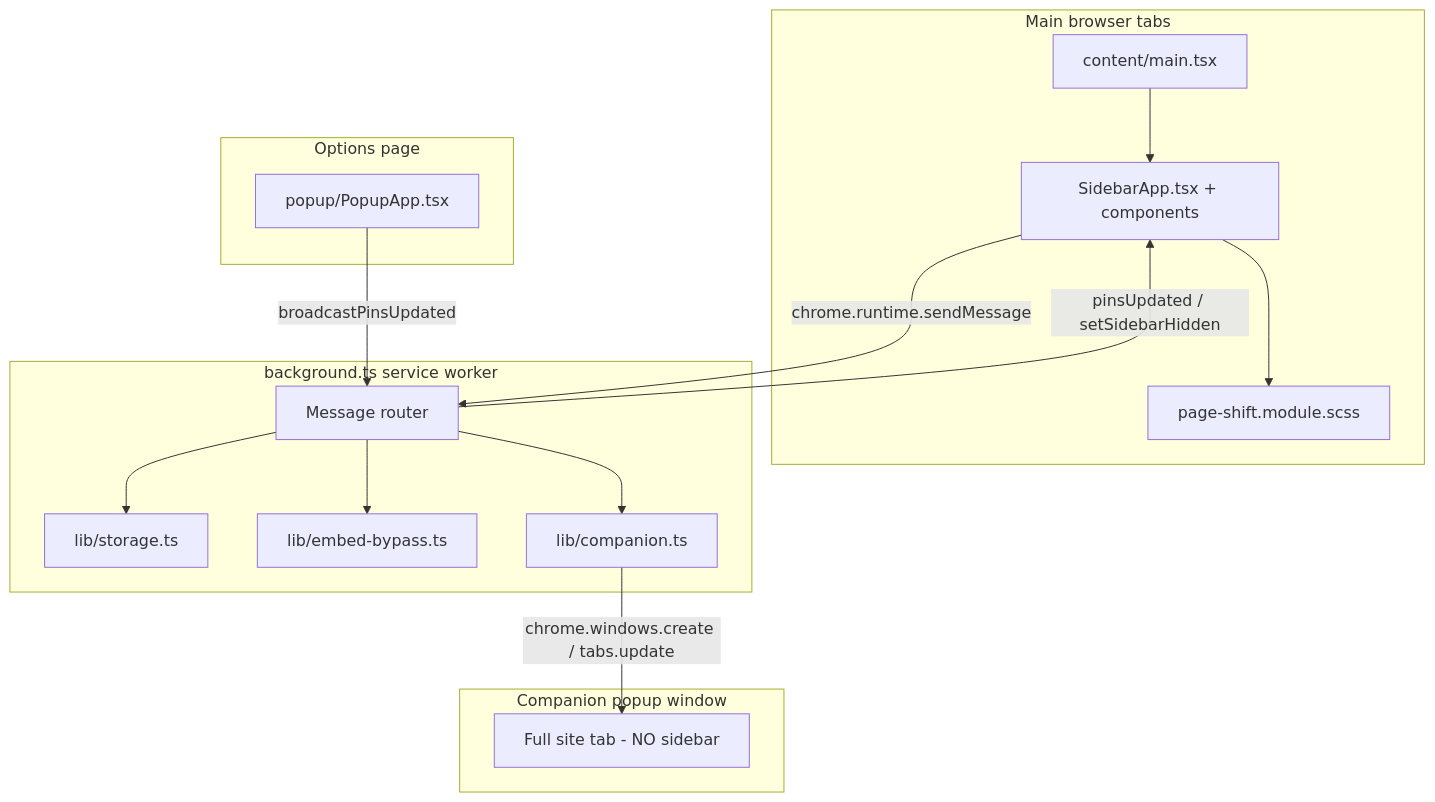
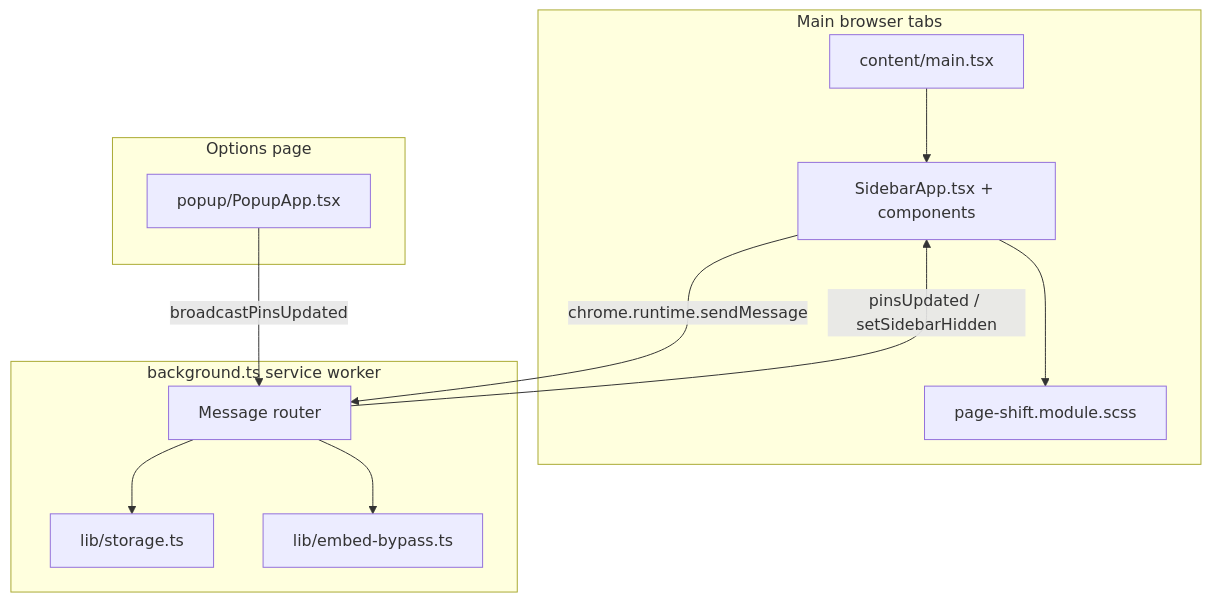
Before and after one commit to bryanChatsirichai/chrome_sidebar_extension: the diagram in docs/IMPLEMENTATION.md, drawn with Mermaid. The commit also changed other lines of this file and 17 other files, not shown here.

````diff
--- a/docs/IMPLEMENTATION.md
+++ b/docs/IMPLEMENTATION.md
@@ -19,33 +19,26 @@
 ```mermaid
 flowchart TB
   subgraph pages [Main browser tabs]
     MAIN[content/main.tsx]
     SA[SidebarApp.tsx + components]
     PSC[page-shift.module.scss]
     MAIN --> SA
     SA --> PSC
   end
 
   subgraph sw [background.ts service worker]
     BG[Message router]
     ST[lib/storage.ts]
     EB[lib/embed-bypass.ts]
-    CP[lib/companion.ts]
-  end
-
-  subgraph companion [Companion popup window]
-    CW[Full site tab - NO sidebar]
   end
 
   subgraph options [Options page]
     POP[popup/PopupApp.tsx]
   end
 
   SA -->|chrome.runtime.sendMessage| BG
   BG --> EB
-  BG --> CP
   BG --> ST
-  CP -->|chrome.windows.create / tabs.update| CW
   POP -->|broadcastPinsUpdated| BG
   BG -->|pinsUpdated / setSidebarHidden| SA
 ```
````
